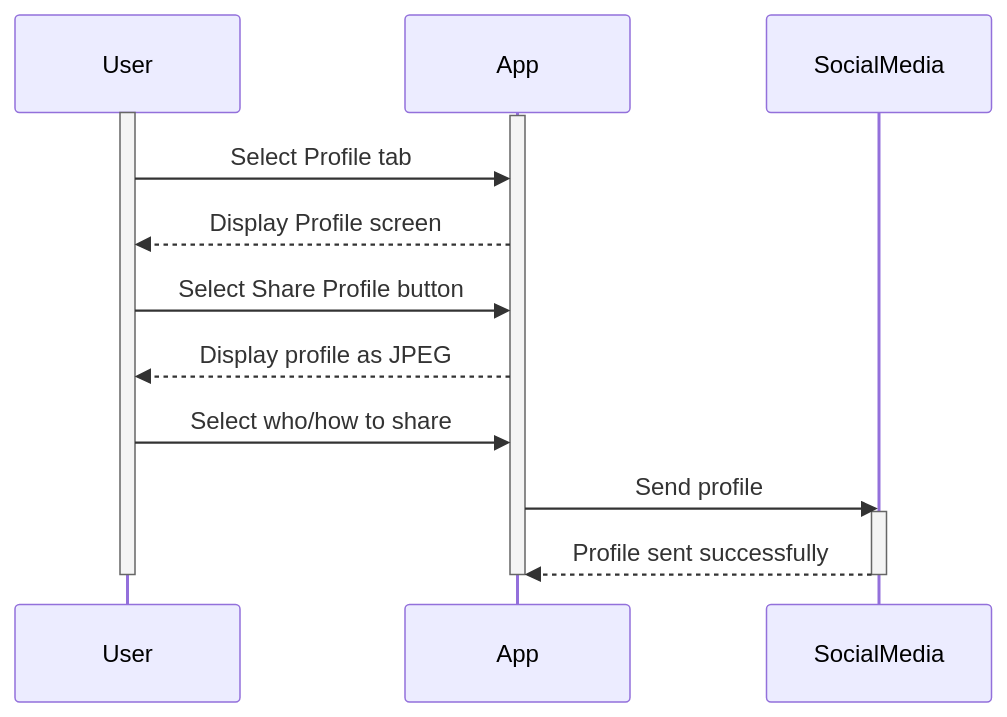
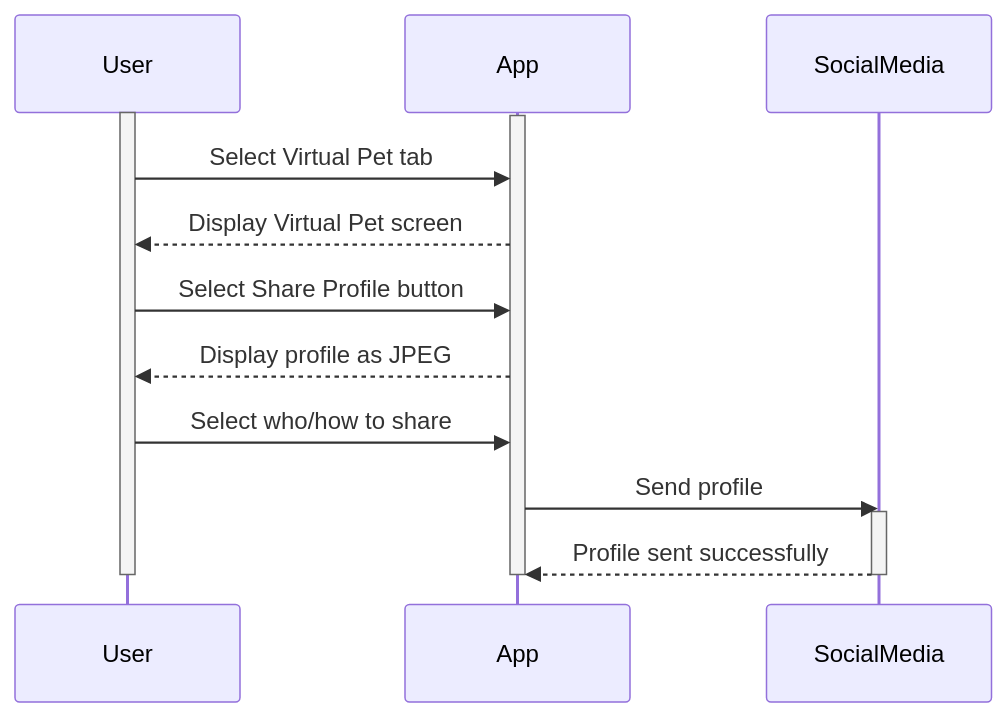
Diagram 14 of 14 in documentation/docs/system-architecture/sequence-diagrams.md (Capstone-Projects-2024-Spring/project-smartweights), drawn with Mermaid before and after one commit. The commit also changed other lines of this file and 107 other files, not shown here.

````diff
--- a/documentation/docs/system-architecture/sequence-diagrams.md
+++ b/documentation/docs/system-architecture/sequence-diagrams.md
@@ -389,25 +481,25 @@
 ```mermaid 
 sequenceDiagram
     participant User
     participant App
     participant SocialMedia
 
     activate User
     activate App
 
-    User->>App: Select Profile tab
-    App-->>User: Display Profile screen
+    User->>App: Select Virtual Pet tab
+    App-->>User: Display Virtual Pet screen
     User->>App: Select Share Profile button
     App-->>User: Display profile as JPEG
     User->>App: Select who/how to share
     App->>SocialMedia: Send profile
     activate SocialMedia
     SocialMedia-->>App: Profile sent successfully
     deactivate SocialMedia
     deactivate User
     deactivate App
 
 
 
 
 ```
````
